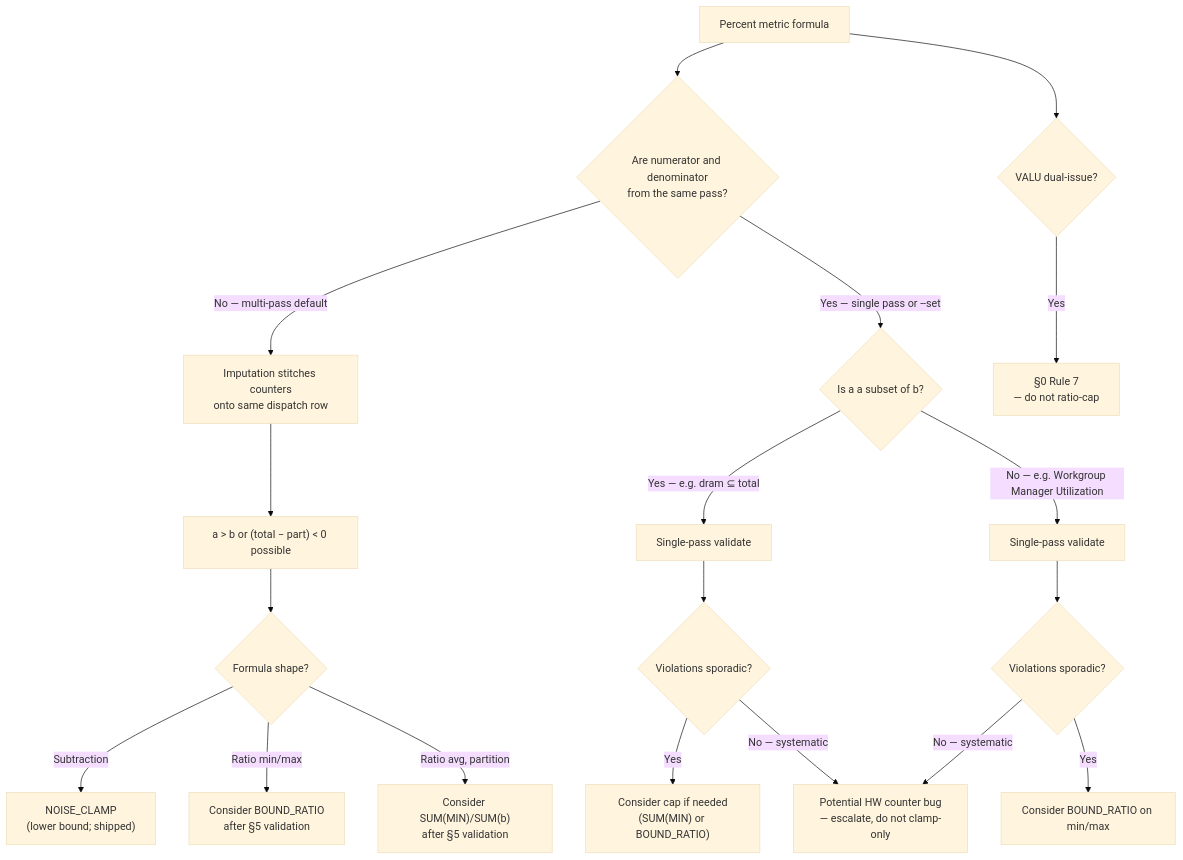
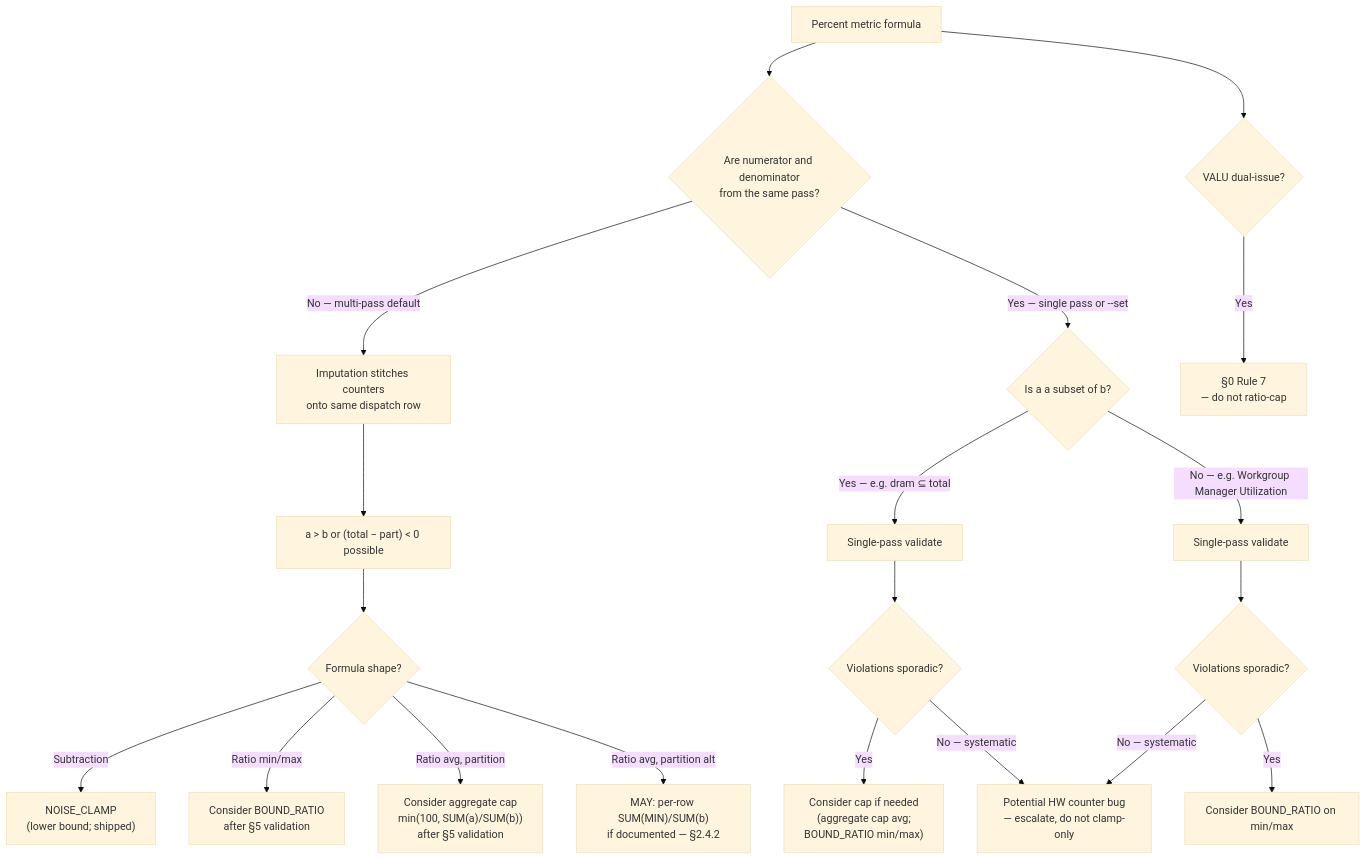
The diagram in projects/rocprofiler-compute/docs/design/metric-counter-correction-methods.md (ROCm/rocm-systems), drawn with Mermaid (base theme) before and after one commit. The commit also changed other lines of this file, not shown here.

First line of the commit message:
docs(rocprofiler-compute): Prefer aggregate cap for partition avg metrics

````diff
--- a/projects/rocprofiler-compute/docs/design/metric-counter-correction-methods.md
+++ b/projects/rocprofiler-compute/docs/design/metric-counter-correction-methods.md
@@ -401,21 +474,22 @@
 ```mermaid
 flowchart TD
     A["Percent metric formula"] --> B{"Are numerator and denominator<br/>from the same pass?"}
     B -->|No — multi-pass default| C["Imputation stitches counters<br/>onto same dispatch row"]
     C --> D["a > b or (total − part) < 0 possible"]
     D --> E{"Formula shape?"}
     E -->|Subtraction| F["NOISE_CLAMP<br/>(lower bound; shipped)"]
     E -->|Ratio min/max| G["Consider BOUND_RATIO<br/>after §5 validation"]
-    E -->|Ratio avg, partition| H["Consider SUM(MIN)/SUM(b)<br/>after §5 validation"]
+    E -->|Ratio avg, partition| H["Consider aggregate cap<br/>min(100, SUM(a)/SUM(b))<br/>after §5 validation"]
+    E -->|Ratio avg, partition alt| H2["MAY: per-row SUM(MIN)/SUM(b)<br/>if documented — §2.4.2"]
     B -->|Yes — single pass or --set| I{"Is a a subset of b?"}
     I -->|Yes — e.g. dram ⊆ total| J["Single-pass validate"]
     J --> J2{"Violations sporadic?"}
-    J2 -->|Yes| K["Consider cap if needed<br/>(SUM(MIN) or BOUND_RATIO)"]
+    J2 -->|Yes| K["Consider cap if needed<br/>(aggregate cap avg;<br/>BOUND_RATIO min/max)"]
     J2 -->|No — systematic| P["Potential HW counter bug<br/>— escalate, do not clamp-only"]
     I -->|No — e.g. Workgroup Manager Utilization| L["Single-pass validate"]
     L --> L2{"Violations sporadic?"}
     L2 -->|Yes| M["Consider BOUND_RATIO on min/max"]
     L2 -->|No — systematic| P
     A --> N{"VALU dual-issue?"}
     N -->|Yes| O["§0 Rule 7<br/>— do not ratio-cap"]
 ```
````
